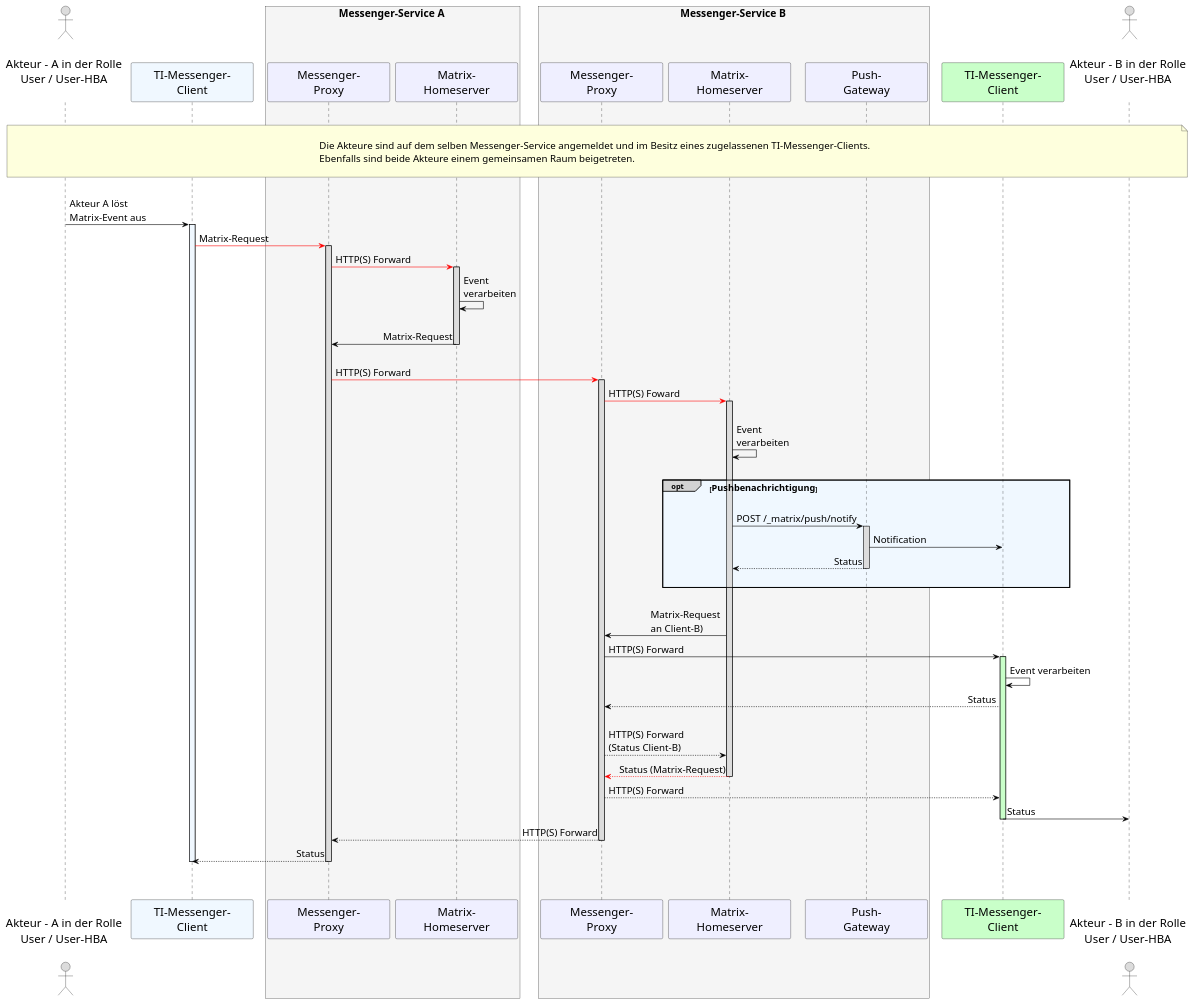
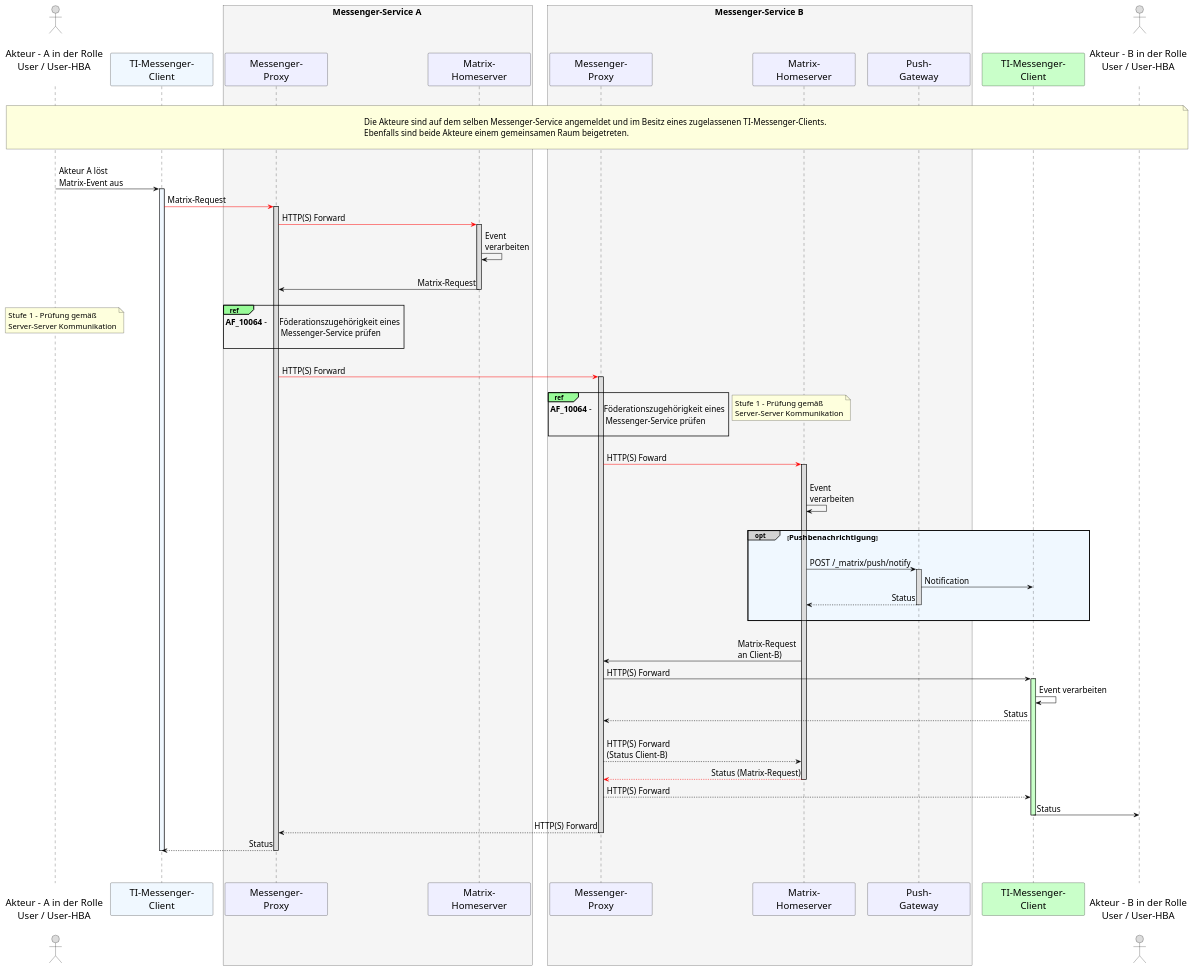
The diagram in src/plantuml/TI-Messenger-Dienst/Ressourcen/UC_10062_Seq.puml (gematik/api-ti-messenger), drawn with PlantUML before and after one commit.

```diff
--- a/src/plantuml/TI-Messenger-Dienst/Ressourcen/UC_10062_Seq.puml
+++ b/src/plantuml/TI-Messenger-Dienst/Ressourcen/UC_10062_Seq.puml
@@ -9,98 +9,104 @@
 @startuml
 skinparam sequenceMessageAlign direction
 skinparam minClassWidth 200
 skinparam BoxPadding 15
 skinparam sequenceReferenceHeaderBackgroundColor palegreen
 scale max 2048 width
 
 skinparam sequence {
 ArrowColor black
 ArrowFontSize 17
 ActorBorderColor black
 LifeLineBorderColor black
 LifeLineBackgroundColor Gainsboro
 
 ParticipantBorderColor Motivation
 ParticipantBackgroundColor Motivation
 ParticipantFontName Impact
 ParticipantFontSize 20
 ParticipantFontColor black
 ParticipantBorderColor Black
 ParticipantBackgroundColor MOTIVATION
 
 ActorBackgroundColor Gainsboro
 ActorFontColor black
 ActorFontSize 20
 ActorFontName Aapex
 }
     actor U1 as "\nAkteur - A in der Rolle\nUser / User-HBA\n"
     participant C1 as "TI-Messenger-\nClient" #AliceBlue
     box <size:18>Messenger-Service A</size> #WhiteSmoke
       participant MP1 as "Messenger-\nProxy"
       participant MH1 as "Matrix-\nHomeserver"
     end box
     box <size:18>Messenger-Service B</size> #WhiteSmoke
     participant MP2 as "Messenger-\nProxy"
     participant MH2 as "Matrix-\nHomeserver"
     participant PG2 as "Push-\nGateway"
     end box
     participant C2 as "TI-Messenger-\nClient" #TECHNOLOGY
     actor U2 as "\nAkteur - B in der Rolle\nUser / User-HBA\n"
     
 |||
 note over U1, U2: \n<size:17>Die Akteure sind auf dem selben Messenger-Service angemeldet und im Besitz eines zugelassenen TI-Messenger-Clients.</size>\n<size:17>Ebenfalls sind beide Akteure einem gemeinsamen Raum beigetreten.</size>\n
 |||
 
   U1->C1: Akteur A löst\nMatrix-Event aus
     activate C1 #AliceBlue
   C1-[#red]>MP1: Matrix-Request
     activate MP1
-
   MP1-[#red]>MH1: HTTP(S) Forward
     activate MH1
   MH1->MH1: Event \nverarbeiten
   |||
   MH1->MP1: Matrix-Request
     deactivate MH1
-  |||
+    |||
+    ref over MP1, MP1: <size:17>**AF_10064** - \tFöderationszugehörigkeit eines \n<size:17>        \tMessenger-Service prüfen</size>\n 
+    note left: <size:16>Stufe 1 - Prüfung gemäß </size>\n<size:16>Server-Server Kommunikation</size>
+  |||  
   MP1-[#red]>MP2: HTTP(S) Forward
     activate MP2
-
+  |||
+  ref over MP2, MP2: <size:17>**AF_10064** - \tFöderationszugehörigkeit eines \n<size:17>        \tMessenger-Service prüfen</size>\n 
+  note right: <size:16>Stufe 1 - Prüfung gemäß </size>\n<size:16>Server-Server Kommunikation</size>
+  |||
   MP2-[#red]>MH2: HTTP(S) Foward
   |||
+
     activate MH2
   MH2->MH2: Event \nverarbeiten
   |||
  
   opt#LightGrey #AliceBlue <size:16>Pushbenachrichtigung</size>
   |||
     MH2->PG2: POST /_matrix/push/notify
       activate PG2
     PG2->C2: Notification
     PG2-->MH2: Status
       deactivate PG2
   |||
   end
   |||
 
   MH2->MP2: Matrix-Request \nan Client-B)
   MP2->C2: HTTP(S) Forward 
     activate C2 #TECHNOLOGY
   C2->C2: Event verarbeiten
 
   C2-->MP2: Status
   |||
   MP2-->MH2: HTTP(S) Forward \n(Status Client-B)
   MH2--[#red]>MP2: Status (Matrix-Request)
     deactivate MH2
   MP2-->C2: HTTP(S) Forward
   C2->U2: Status
     deactivate C2
   MP2-->MP1: HTTP(S) Forward
     deactivate MP2
   MP1-->C1: Status
     deactivate MP1
     deactivate C1
   |||
 |||
 @enduml
```
